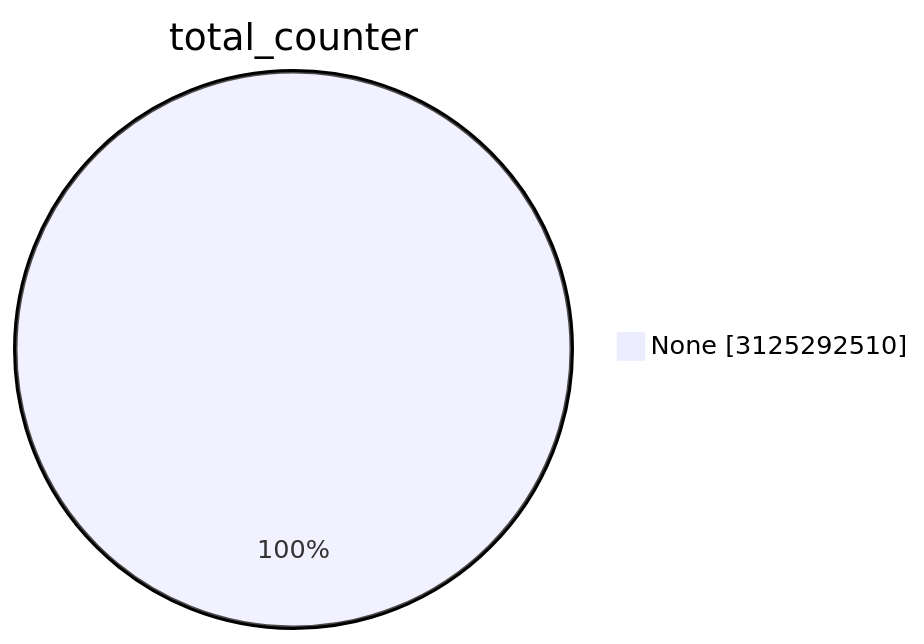
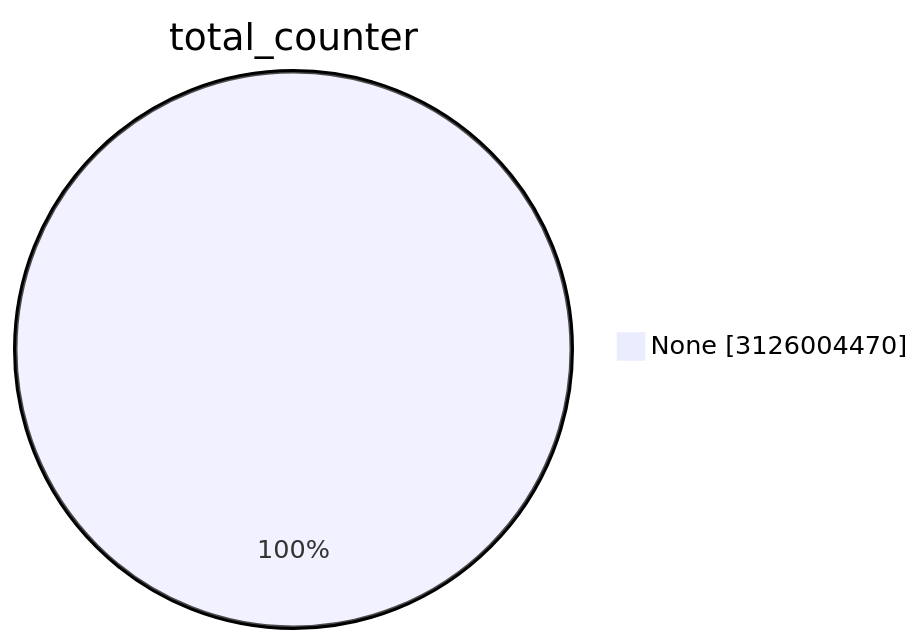
One commit to christiankrug/ctmonitor_visualization changed the first of 15 diagrams in TOTAL/README.md. Above: the diagram before and after it, drawn with Mermaid. The commit also changed other lines of this file, not shown here.

````diff
--- a/TOTAL/README.md
+++ b/TOTAL/README.md
@@ -1,5 +1,5 @@
 ```mermaid
 pie showData
 title total_counter
-"None" :3125292510
+"None" :3126004470
 ```
````
